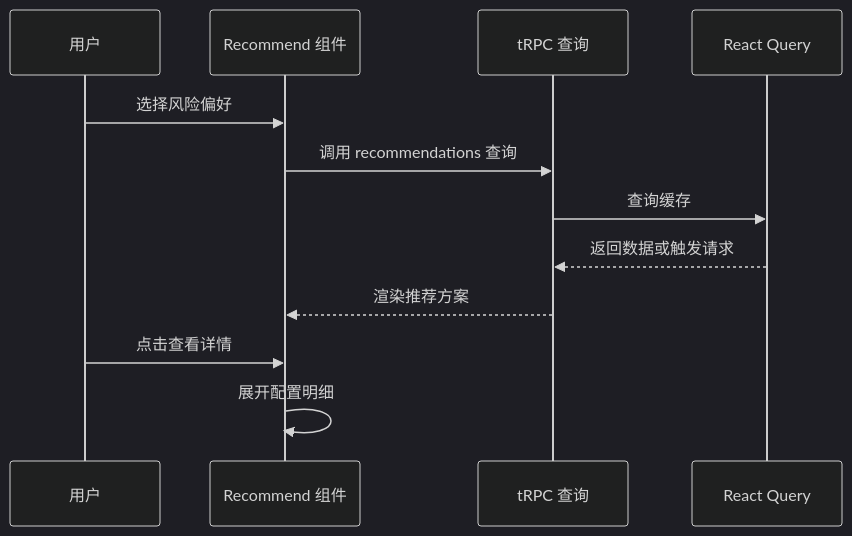
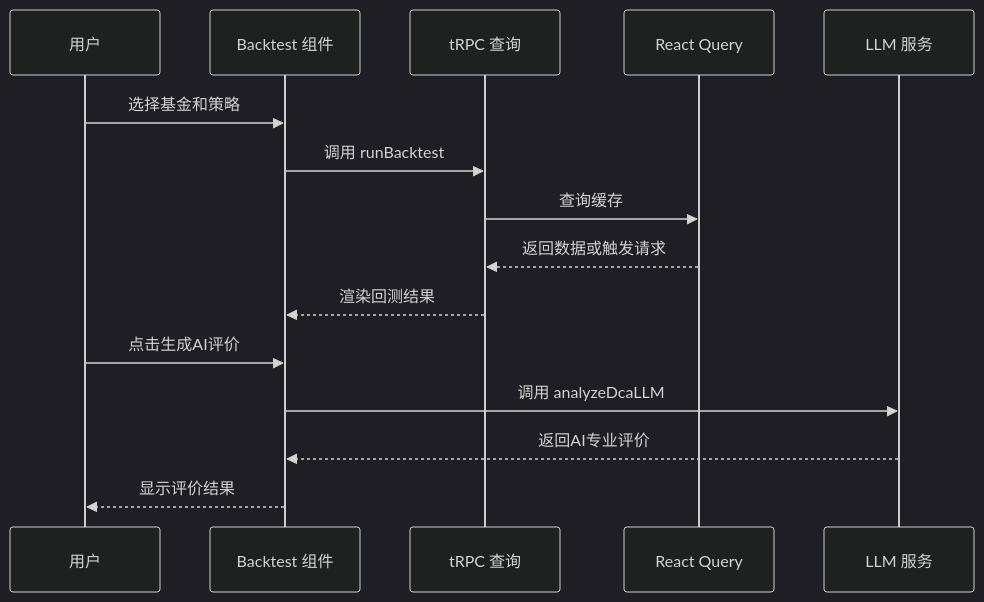
One commit to youkell85/FundTrader changed the fifth of 14 diagrams in .qoder/repowiki/zh/content/前端应用文档/前端应用文档.md. Above: the diagram before and after it, drawn with Mermaid (dark theme). The commit also changed other lines of this file and 11 other files, not shown here.

````diff
--- a/.qoder/repowiki/zh/content/前端应用文档/前端应用文档.md
+++ b/.qoder/repowiki/zh/content/前端应用文档/前端应用文档.md
@@ -236,14 +239,17 @@
 ```mermaid
 sequenceDiagram
 participant U as 用户
-participant R as Recommend 组件
+participant B as Backtest 组件
 participant T as tRPC 查询
 participant Q as React Query
-U->>R : 选择风险偏好
-R->>T : 调用 recommendations 查询
+participant L as LLM 服务
+U->>B : 选择基金和策略
+B->>T : 调用 runBacktest
 T->>Q : 查询缓存
 Q-->>T : 返回数据或触发请求
-T-->>R : 渲染推荐方案
-U->>R : 点击查看详情
-R->>R : 展开配置明细
+T-->>B : 渲染回测结果
+U->>B : 点击生成AI评价
+B->>L : 调用 analyzeDcaLLM
+L-->>B : 返回AI专业评价
+B-->>U : 显示评价结果
 ```
````
